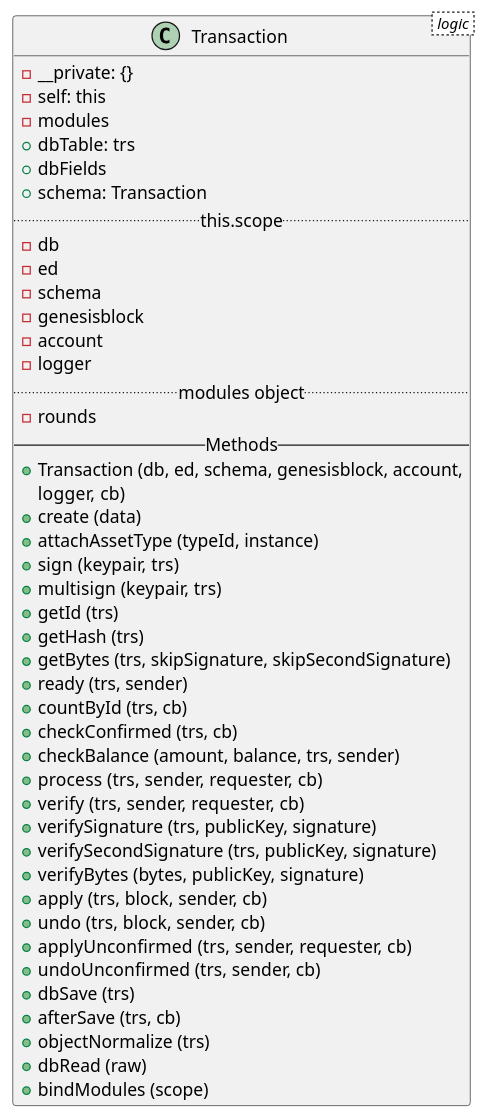
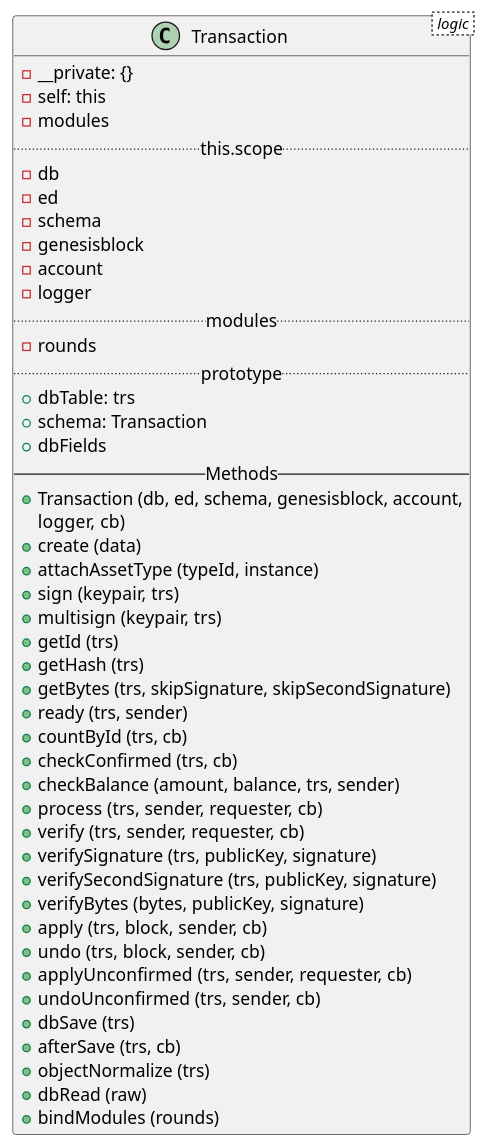
One commit to LucasIsasmendi/lisk-core-plantuml changed the diagram in class/classes/logic/transaction.puml. Above: the diagram before and after it, drawn with PlantUML. The commit also changed 14 other files, not shown here.

```diff
--- a/class/classes/logic/transaction.puml
+++ b/class/classes/logic/transaction.puml
@@ -1,47 +1,48 @@
 @startuml
 class Transaction < logic > {
   - __private: {}
   - self: this
   - modules
-  + dbTable: trs
-  + dbFields
-  + schema: Transaction
   .. this.scope ..
   - db
   - ed
   - schema
   - genesisblock
   - account
   - logger
-  .. modules object ..
+  .. modules ..
   - rounds
+  .. prototype ..
+  + dbTable: trs
+  + schema: Transaction
+  + dbFields
   -- Methods --
   + Transaction (db, ed, schema, genesisblock, account,
   logger, cb)
   + create (data)
   + attachAssetType (typeId, instance)
   + sign (keypair, trs)
   + multisign (keypair, trs)
   + getId (trs)
   + getHash (trs)
   + getBytes (trs, skipSignature, skipSecondSignature)
   + ready (trs, sender)
   + countById (trs, cb)
   + checkConfirmed (trs, cb)
   + checkBalance (amount, balance, trs, sender)
   + process (trs, sender, requester, cb)
   + verify (trs, sender, requester, cb)
   + verifySignature (trs, publicKey, signature)
   + verifySecondSignature (trs, publicKey, signature)
   + verifyBytes (bytes, publicKey, signature)
   + apply (trs, block, sender, cb)
   + undo (trs, block, sender, cb)
   + applyUnconfirmed (trs, sender, requester, cb)
   + undoUnconfirmed (trs, sender, cb)
   + dbSave (trs)
   + afterSave (trs, cb)
   + objectNormalize (trs)
   + dbRead (raw)
-  + bindModules (scope)
+  + bindModules (rounds)
 }
 @endtuml
```
